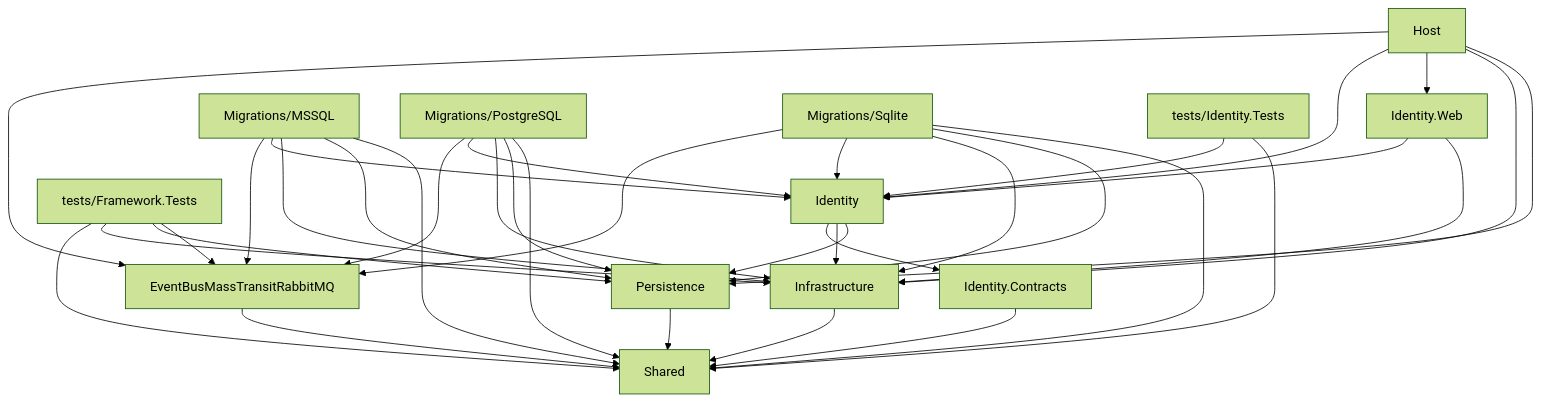
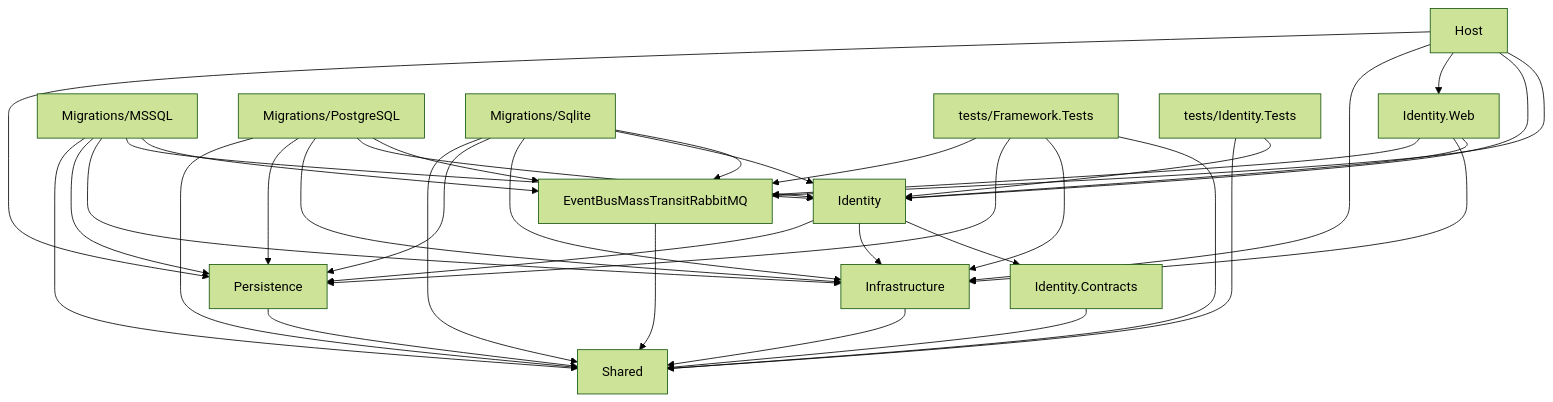
One commit to lightdotnet/ModularMonolith changed the diagram in docs/architecture/dependency-graph.md. Above: the diagram before and after it, drawn with Mermaid (forest theme). The commit also changed other lines of this file and 6 other files, not shown here.

````diff
--- a/docs/architecture/dependency-graph.md
+++ b/docs/architecture/dependency-graph.md
@@ -7,42 +7,43 @@
 ```mermaid
 graph TD
     Host["Host"]
     IdW["Identity.Web"]
     Id["Identity"]
     IdC["Identity.Contracts"]
     Bus["EventBusMassTransitRabbitMQ"]
     Infra["Infrastructure"]
     Pers["Persistence"]
     Shared["Shared"]
     MigMs["Migrations/MSSQL"]
     MigPg["Migrations/PostgreSQL"]
     MigSl["Migrations/Sqlite"]
     FT["tests/Framework.Tests"]
     IT["tests/Identity.Tests"]
 
     Host --> Bus
     Host --> Id
     Host --> IdW
     Host --> Infra
     Host --> Pers
     IdW --> Id
     IdW --> Infra
+    IdW --> Bus
     Id --> IdC
     Id --> Infra
     Id --> Pers
     IdC --> Shared
     Bus --> Shared
     Infra --> Shared
     Pers --> Shared
     MigMs & MigPg & MigSl --> Bus
     MigMs & MigPg & MigSl --> Id
     MigMs & MigPg & MigSl --> Infra
     MigMs & MigPg & MigSl --> Pers
     MigMs & MigPg & MigSl --> Shared
     FT --> Shared
     FT --> Infra
     FT --> Pers
     FT --> Bus
     IT --> Id
     IT --> Shared
 ```
````
